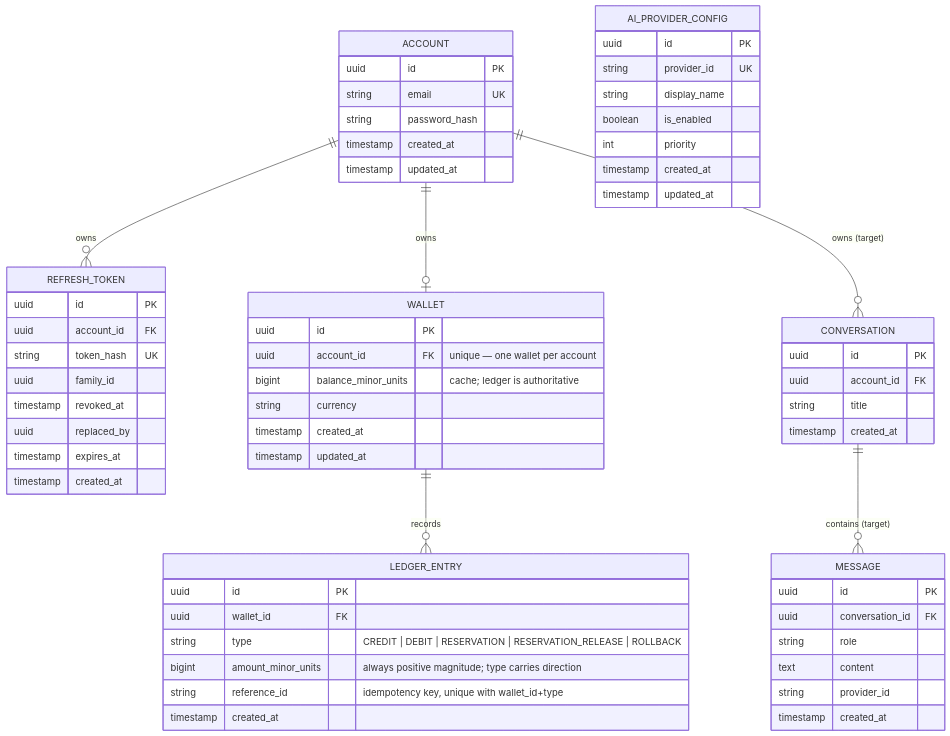
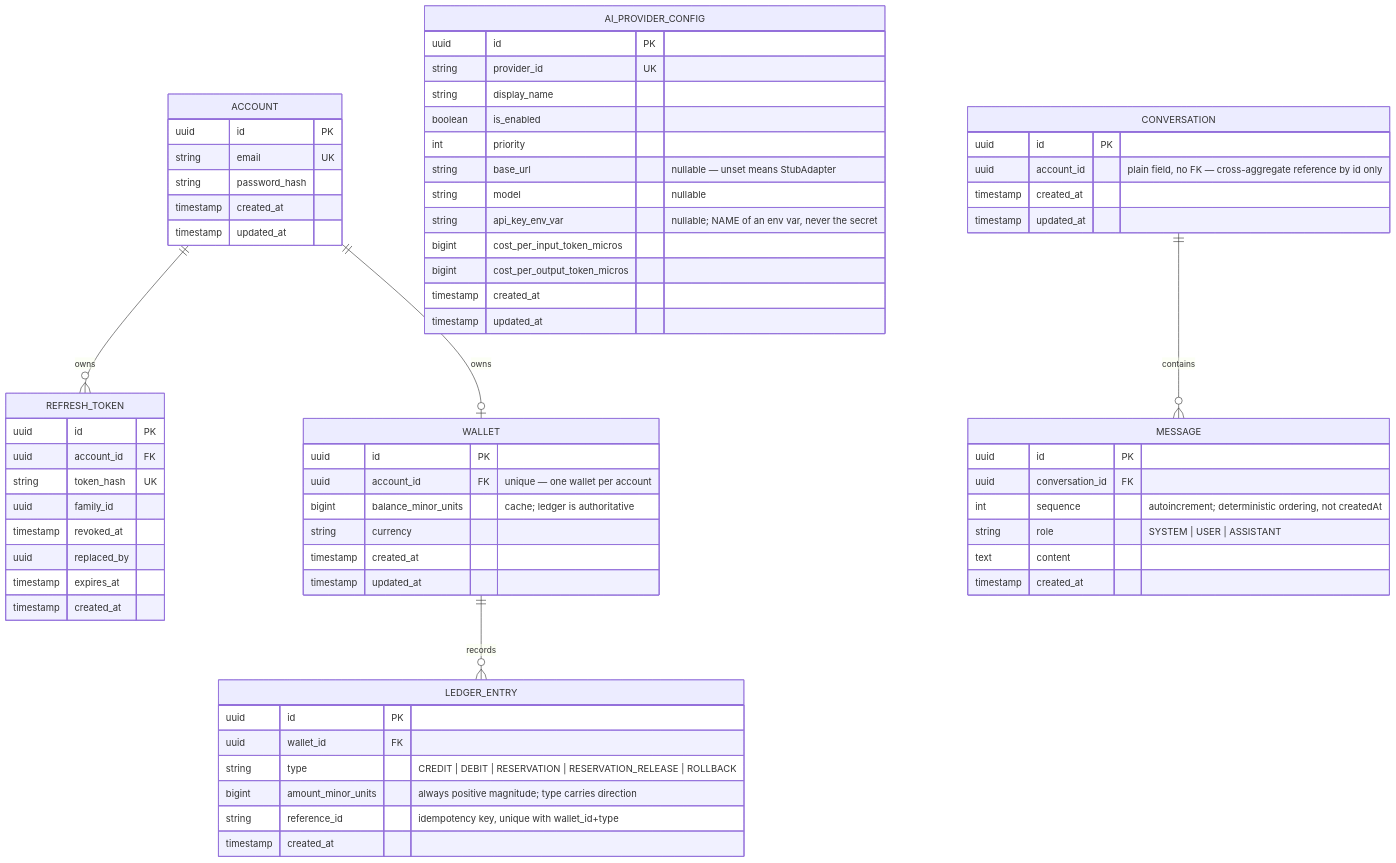
The diagram in Platform/docs/architecture/database-standards.md (amirhaslany-ai/AIFA), drawn with Mermaid before and after one commit. The commit also changed other lines of this file and 32 other files, not shown here.

First line of the commit message:
feat(chat): implement Conversation aggregate and Sprint 1's first cross-context use case

````diff
--- a/Platform/docs/architecture/database-standards.md
+++ b/Platform/docs/architecture/database-standards.md
@@ -7,68 +7,69 @@
 ```mermaid
 erDiagram
-    %% --- Implemented (Sprint 1: Identity + Wallet) ---
+    %% --- Implemented (Sprint 1: Identity, Provider Access, Wallet, Conversation) ---
     ACCOUNT {
         uuid id PK
         string email UK
         string password_hash
         timestamp created_at
         timestamp updated_at
     }
     REFRESH_TOKEN {
         uuid id PK
         uuid account_id FK
         string token_hash UK
         uuid family_id
         timestamp revoked_at
         uuid replaced_by
         timestamp expires_at
         timestamp created_at
     }
     AI_PROVIDER_CONFIG {
         uuid id PK
         string provider_id UK
         string display_name
         boolean is_enabled
         int priority
+        string base_url "nullable — unset means StubAdapter"
+        string model "nullable"
+        string api_key_env_var "nullable; NAME of an env var, never the secret"
+        bigint cost_per_input_token_micros
+        bigint cost_per_output_token_micros
         timestamp created_at
         timestamp updated_at
     }
     WALLET {
         uuid id PK
         uuid account_id FK "unique — one wallet per account"
         bigint balance_minor_units "cache; ledger is authoritative"
         string currency
         timestamp created_at
         timestamp updated_at
     }
     LEDGER_ENTRY {
         uuid id PK
         uuid wallet_id FK
         string type "CREDIT | DEBIT | RESERVATION | RESERVATION_RELEASE | ROLLBACK"
         bigint amount_minor_units "always positive magnitude; type carries direction"
         string reference_id "idempotency key, unique with wallet_id+type"
         timestamp created_at
     }
-    ACCOUNT ||--o{ REFRESH_TOKEN : "owns"
-    ACCOUNT ||--o| WALLET : "owns"
-    WALLET ||--o{ LEDGER_ENTRY : "records"
-
-    %% --- Target design, NOT implemented (see pricing-architecture.md) ---
     CONVERSATION {
         uuid id PK
-        uuid account_id FK
-        string title
+        uuid account_id "plain field, no FK — cross-aggregate reference by id only"
         timestamp created_at
+        timestamp updated_at
     }
     MESSAGE {
         uuid id PK
         uuid conversation_id FK
-        string role
+        int sequence "autoincrement; deterministic ordering, not createdAt"
+        string role "SYSTEM | USER | ASSISTANT"
         text content
-        string provider_id
         timestamp created_at
     }
-
-    ACCOUNT ||--o{ CONVERSATION : "owns (target)"
-    CONVERSATION ||--o{ MESSAGE : "contains (target)"
+    ACCOUNT ||--o{ REFRESH_TOKEN : "owns"
+    ACCOUNT ||--o| WALLET : "owns"
+    WALLET ||--o{ LEDGER_ENTRY : "records"
+    CONVERSATION ||--o{ MESSAGE : "contains"
 ```
````
